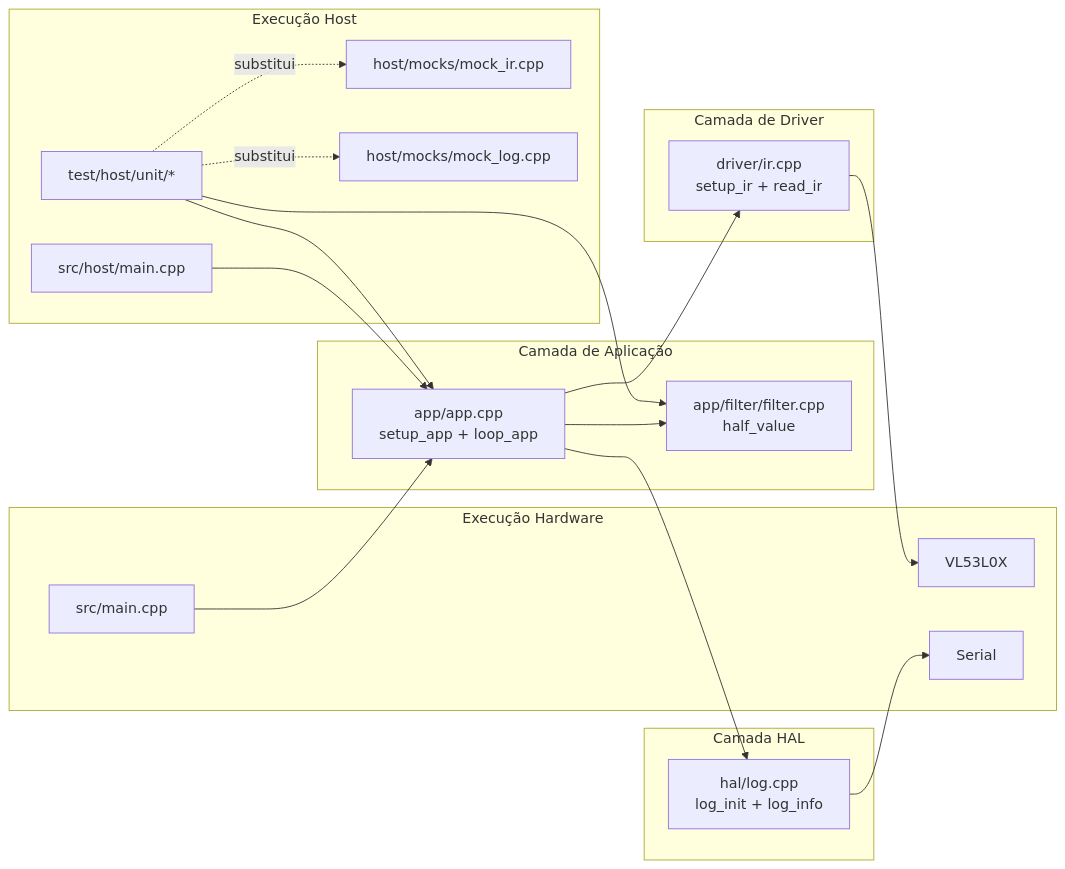
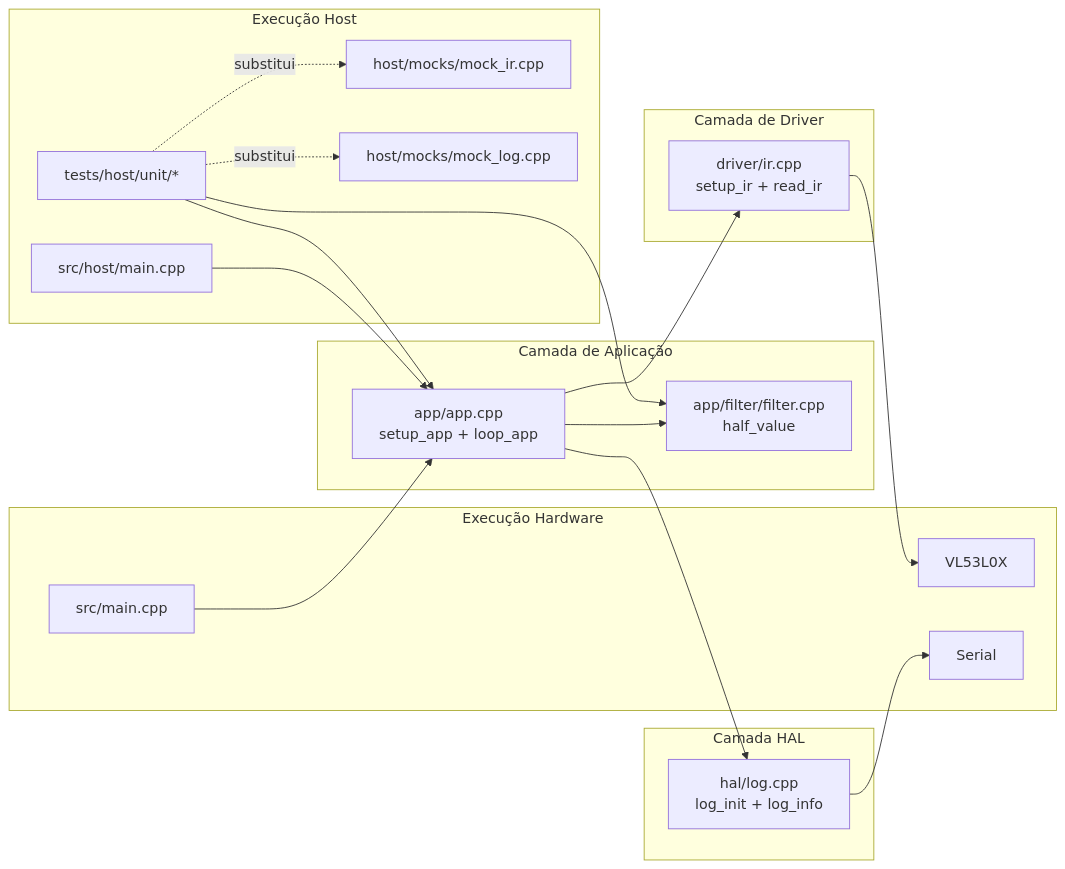
One commit to pedrolopesc/host-automated-testing-iot changed the second of 2 diagrams in architecture/DIAGRAM.md. Above: the diagram before and after it, drawn with Mermaid. The commit also changed 6 other files, not shown here.

````diff
--- a/architecture/DIAGRAM.md
+++ b/architecture/DIAGRAM.md
@@ -28,43 +28,43 @@
 ```mermaid
 flowchart LR
     subgraph App[Camada de Aplicação]
         APP[app/app.cpp\nsetup_app + loop_app]
         FILTER[app/filter/filter.cpp\nhalf_value]
     end
 
     subgraph Driver[Camada de Driver]
         IR[driver/ir.cpp\nsetup_ir + read_ir]
     end
 
     subgraph HAL[Camada HAL]
         LOG[hal/log.cpp\nlog_init + log_info]
     end
 
     subgraph Host[Execução Host]
         HMAIN[src/host/main.cpp]
         MIR[host/mocks/mock_ir.cpp]
         MLOG[host/mocks/mock_log.cpp]
-        TESTS[test/host/unit/*]
+        TESTS[tests/host/unit/*]
     end
 
     subgraph Target[Execução Hardware]
         TMAIN[src/main.cpp]
         SENSOR[VL53L0X]
         UART[Serial]
     end
 
     APP --> FILTER
     APP --> IR
     APP --> LOG
 
     IR --> SENSOR
     LOG --> UART
 
     HMAIN --> APP
     TESTS --> APP
     TESTS --> FILTER
     TESTS -. substitui .-> MIR
     TESTS -. substitui .-> MLOG
 
     TMAIN --> APP
 ```
````
